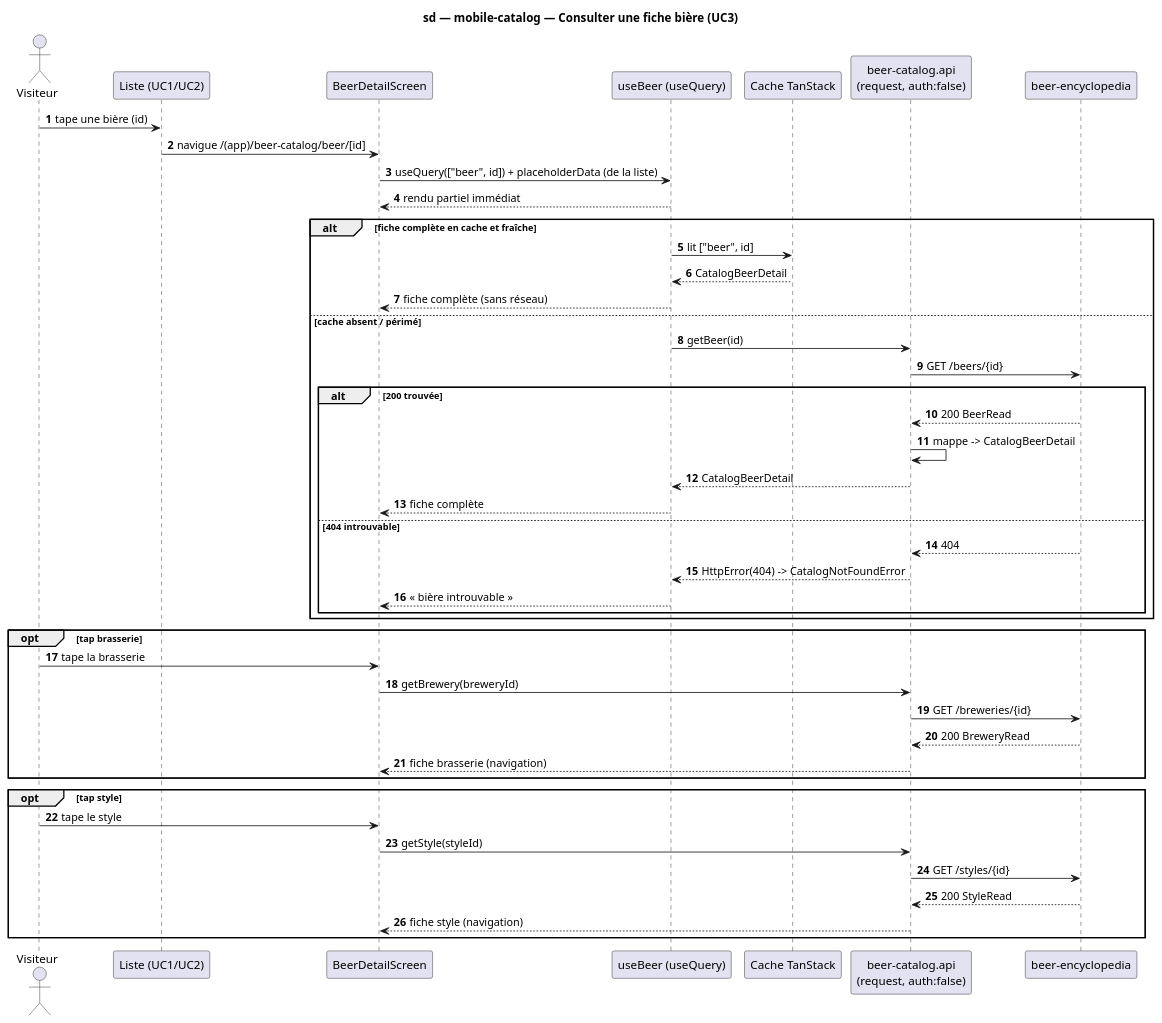
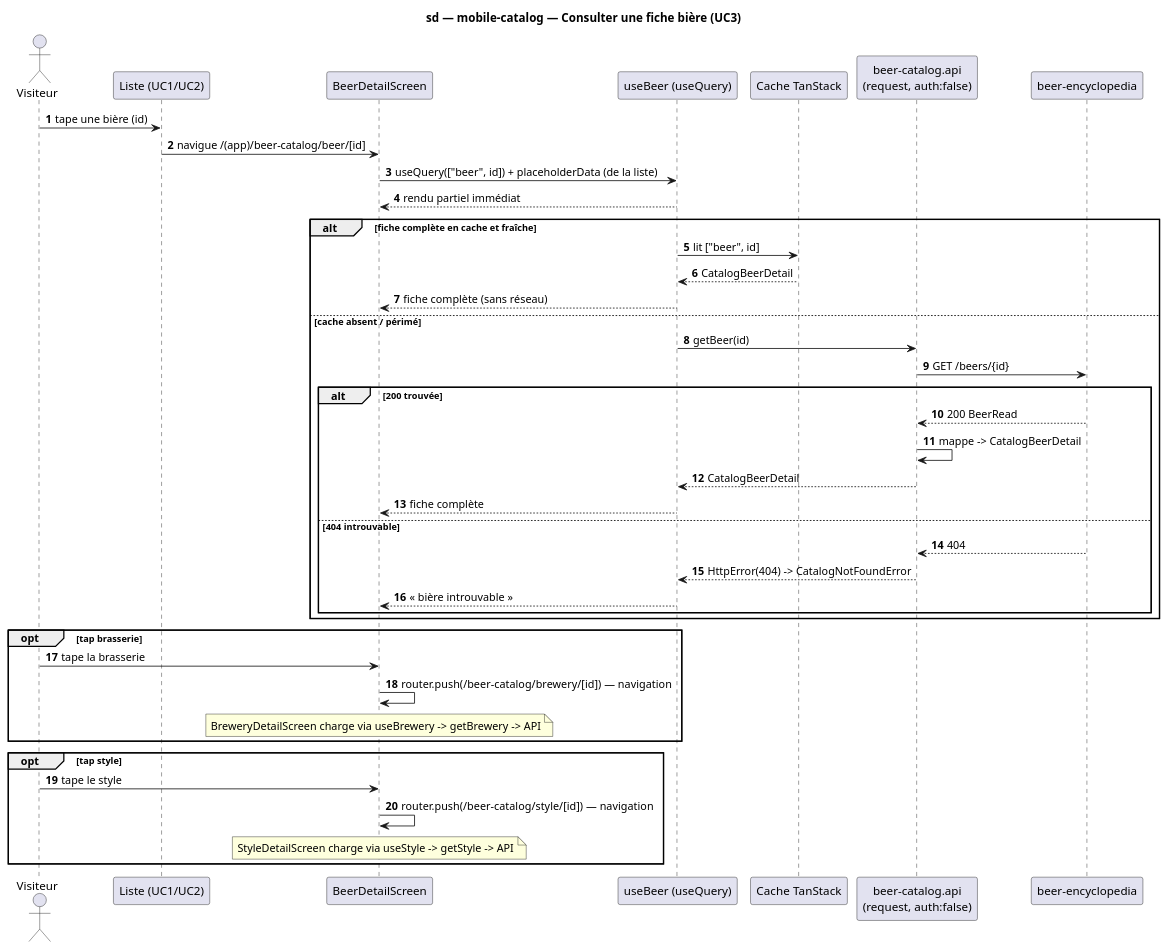
One commit to benoit-bremaud/brasse-bouillon changed the second of 2 diagrams in docs/architecture/diagrams/mobile-catalog/04-sequence-fiche.md. Above: the diagram before and after it, drawn with PlantUML. The commit also changed other lines of this file and 6 other files, not shown here.

First line of the commit message:
docs(mobile-catalog): apply pre-push review fixes

````diff
--- a/docs/architecture/diagrams/mobile-catalog/04-sequence-fiche.md
+++ b/docs/architecture/diagrams/mobile-catalog/04-sequence-fiche.md
@@ -70,51 +66,47 @@
 ```plantuml
 @startuml
 title sd — mobile-catalog — Consulter une fiche bière (UC3)
 autonumber
 actor Visiteur as U
 participant "Liste (UC1/UC2)" as L
 participant "BeerDetailScreen" as FS
 participant "useBeer (useQuery)" as H
 participant "Cache TanStack" as Q
 participant "beer-catalog.api\n(request, auth:false)" as API
 participant "beer-encyclopedia" as E
 
 U -> L : tape une bière (id)
 L -> FS : navigue /(app)/beer-catalog/beer/[id]
 FS -> H : useQuery(["beer", id]) + placeholderData (de la liste)
 H --> FS : rendu partiel immédiat
 alt fiche complète en cache et fraîche
   H -> Q : lit ["beer", id]
   Q --> H : CatalogBeerDetail
   H --> FS : fiche complète (sans réseau)
 else cache absent / périmé
   H -> API : getBeer(id)
   API -> E : GET /beers/{id}
   alt 200 trouvée
     E --> API : 200 BeerRead
     API -> API : mappe -> CatalogBeerDetail
     API --> H : CatalogBeerDetail
     H --> FS : fiche complète
   else 404 introuvable
     E --> API : 404
     API --> H : HttpError(404) -> CatalogNotFoundError
     H --> FS : « bière introuvable »
   end
 end
 
 opt tap brasserie
   U -> FS : tape la brasserie
-  FS -> API : getBrewery(breweryId)
-  API -> E : GET /breweries/{id}
-  E --> API : 200 BreweryRead
-  API --> FS : fiche brasserie (navigation)
+  FS -> FS : router.push(/beer-catalog/brewery/[id]) — navigation
+  note over FS : BreweryDetailScreen charge via useBrewery -> getBrewery -> API
 end
 opt tap style
   U -> FS : tape le style
-  FS -> API : getStyle(styleId)
-  API -> E : GET /styles/{id}
-  E --> API : 200 StyleRead
-  API --> FS : fiche style (navigation)
+  FS -> FS : router.push(/beer-catalog/style/[id]) — navigation
+  note over FS : StyleDetailScreen charge via useStyle -> getStyle -> API
 end
 @enduml
 ```
````
